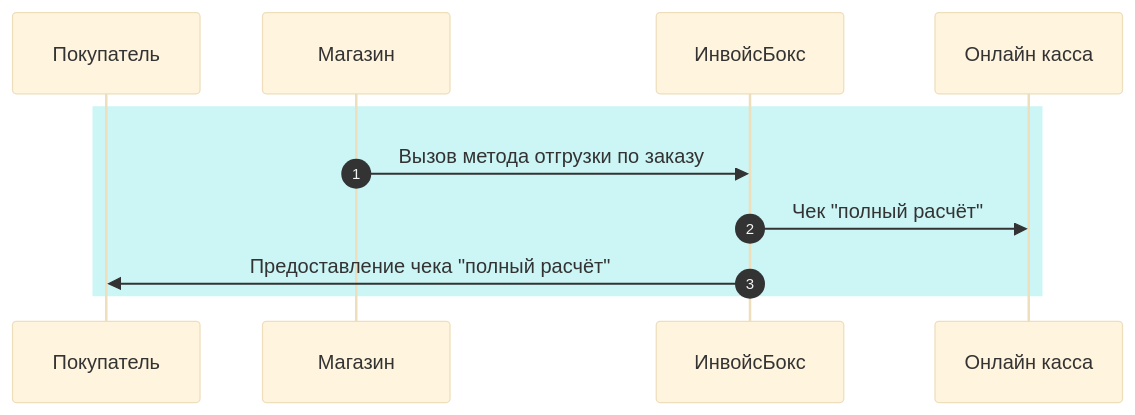
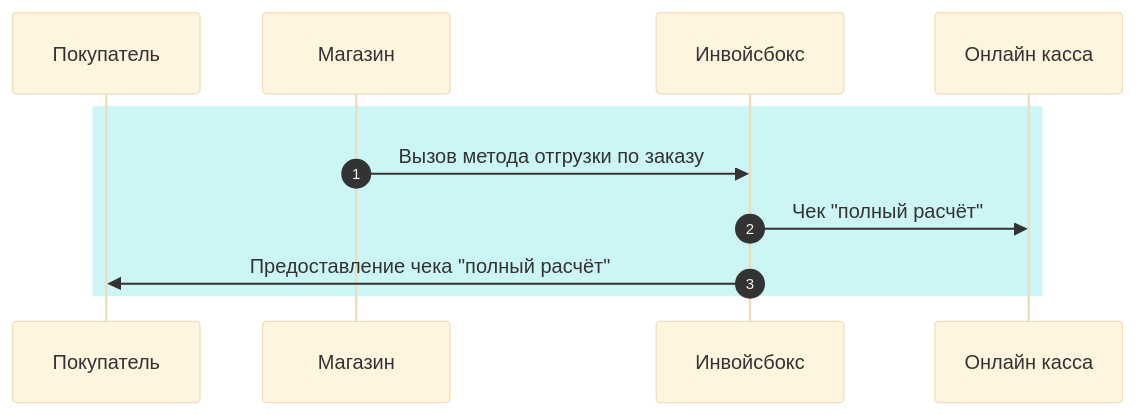
Before and after one commit to YIGRIKY/invoicebox-docs: the second of 6 diagrams in docs/schema.md, drawn with Mermaid (base theme). The commit also changed other lines of this file and 15 other files, not shown here.

```diff
--- a/docs/schema.md
+++ b/docs/schema.md
@@ -56,13 +56,13 @@
 <div class="mermaid">
 sequenceDiagram
     autonumber
     participant Покупатель
     participant Магазин
-    participant ИнвойсБокс 
+    participant Инвойсбокс 
     participant Онлайн касса
     rect rgb(204, 245, 245)
-      Магазин->>ИнвойсБокс: Вызов метода отгрузки по заказу
-      ИнвойсБокс->>Онлайн касса: Чек "полный расчёт"
-      ИнвойсБокс->>Покупатель: Предоставление чека "полный расчёт"
+      Магазин->>Инвойсбокс: Вызов метода отгрузки по заказу
+      Инвойсбокс->>Онлайн касса: Чек "полный расчёт"
+      Инвойсбокс->>Покупатель: Предоставление чека "полный расчёт"
     end
 </div>
```
